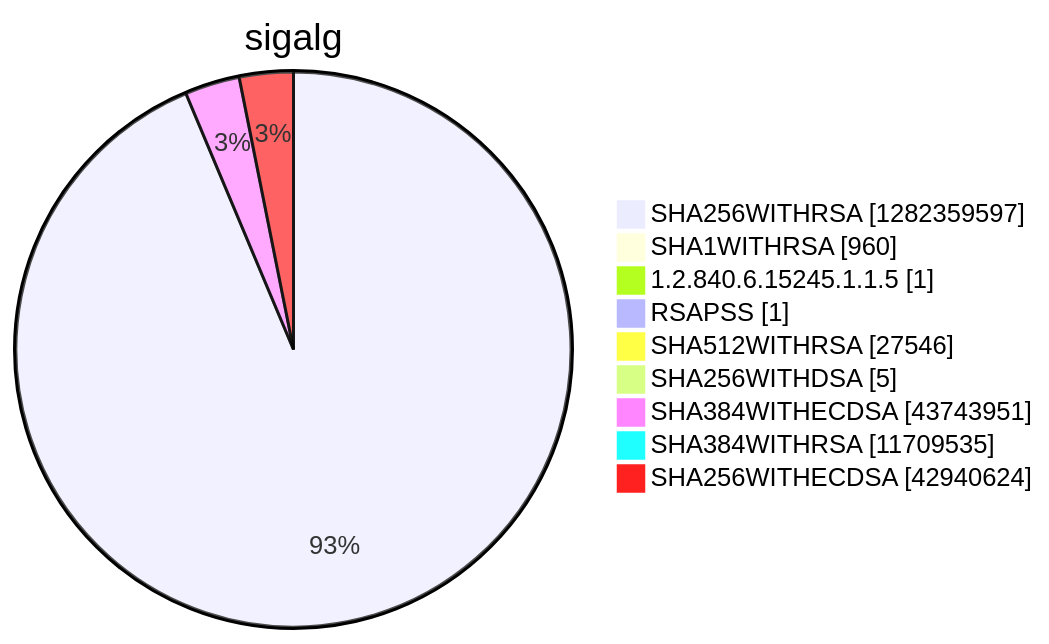
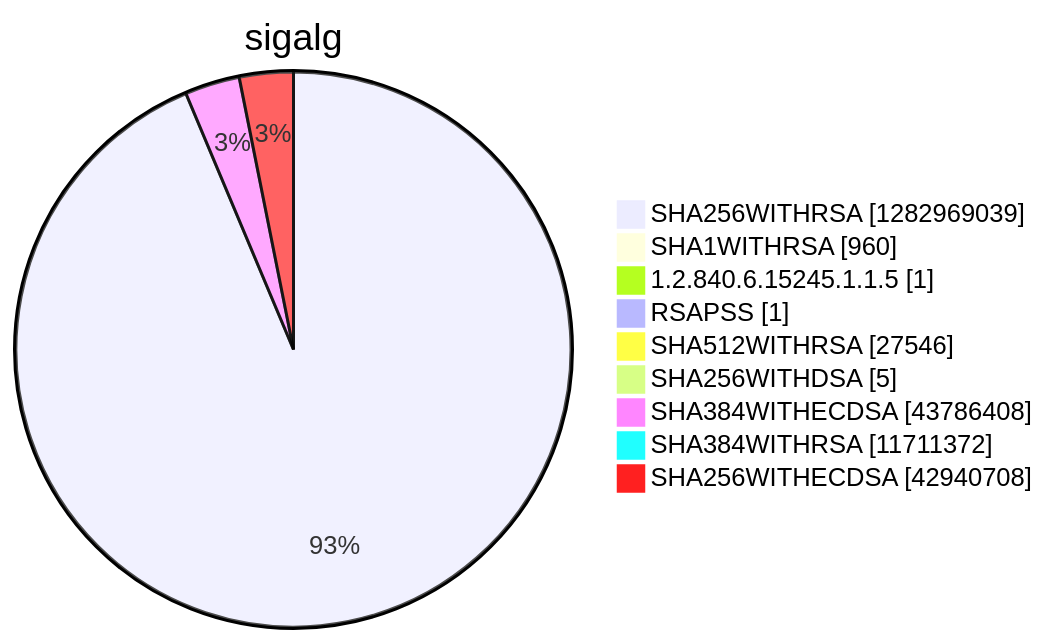
Diagram 15 of 15 in argon2022/README.md (christiankrug/ctmonitor_visualization), drawn with Mermaid before and after one commit. The commit also changed other lines of this file, not shown here.

````diff
--- a/argon2022/README.md
+++ b/argon2022/README.md
@@ -5523,13 +5523,13 @@
 ```mermaid
 pie showData
 title sigalg
-"SHA256WITHRSA" :1282359597
+"SHA256WITHRSA" :1282969039
 "SHA1WITHRSA" :960
 "1.2.840.6.15245.1.1.5" :1
 "RSAPSS" :1
 "SHA512WITHRSA" :27546
 "SHA256WITHDSA" :5
-"SHA384WITHECDSA" :43743951
-"SHA384WITHRSA" :11709535
-"SHA256WITHECDSA" :42940624
+"SHA384WITHECDSA" :43786408
+"SHA384WITHRSA" :11711372
+"SHA256WITHECDSA" :42940708
 ```
````
